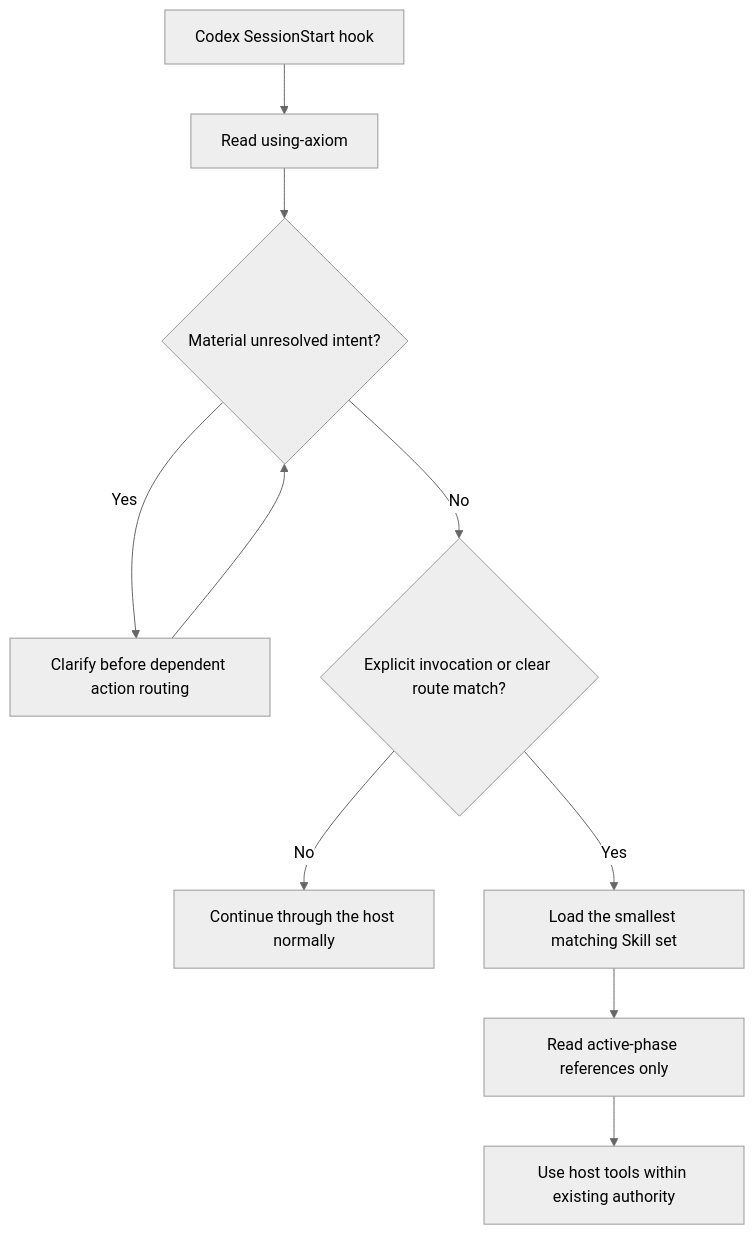
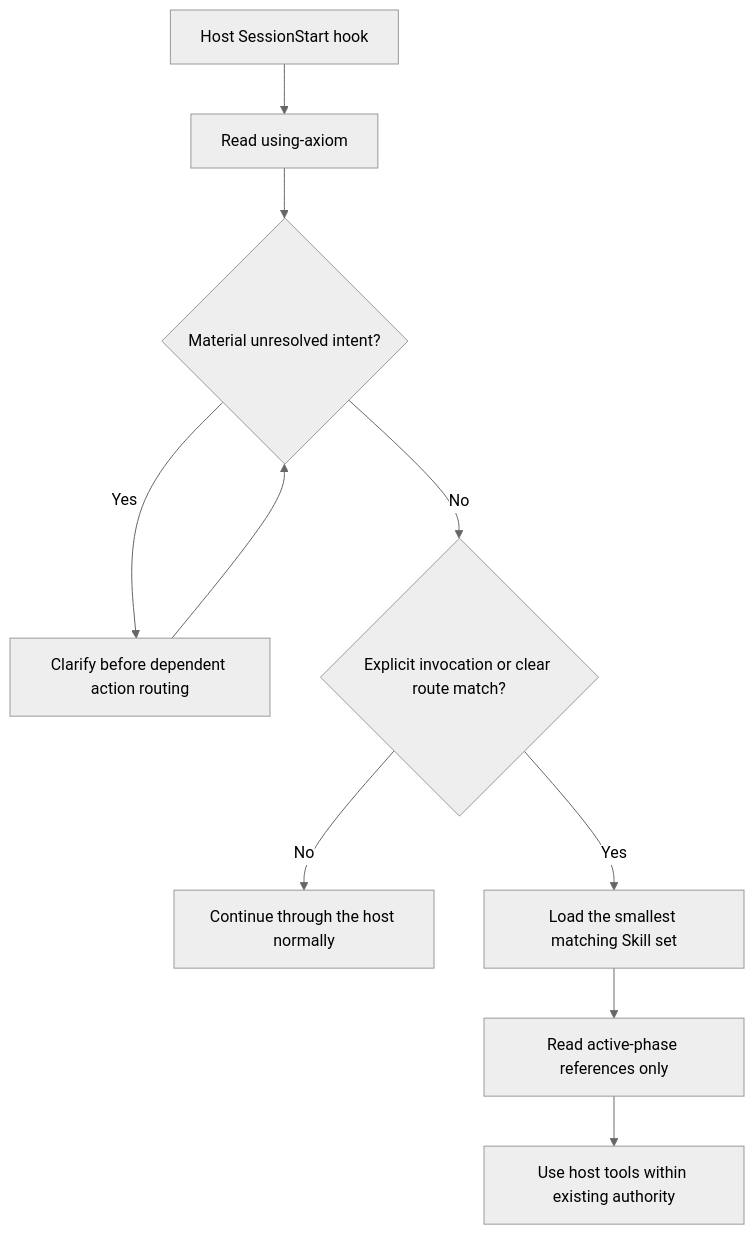
The diagram in docs/architecture.md (wheakerd/axiom), drawn with Mermaid (neutral theme) before and after one commit. The commit also changed other lines of this file and 116 other files, not shown here.

First line of the commit message:
feat: run every bundled Axiom route in Codex and Claude Code (#157)

````diff
--- a/docs/architecture.md
+++ b/docs/architecture.md
@@ -8,12 +9,12 @@
 ```mermaid
 flowchart TD
-    A["Codex SessionStart hook"] --> B["Read using-axiom"]
+    A["Host SessionStart hook"] --> B["Read using-axiom"]
     B --> C{"Material unresolved intent?"}
     C -- "Yes" --> D["Clarify before dependent action routing"]
     D --> C
     C -- "No" --> E{"Explicit invocation or clear route match?"}
     E -- "No" --> F["Continue through the host normally"]
     E -- "Yes" --> G["Load the smallest matching Skill set"]
     G --> H["Read active-phase references only"]
     H --> I["Use host tools within existing authority"]
 ```
````
